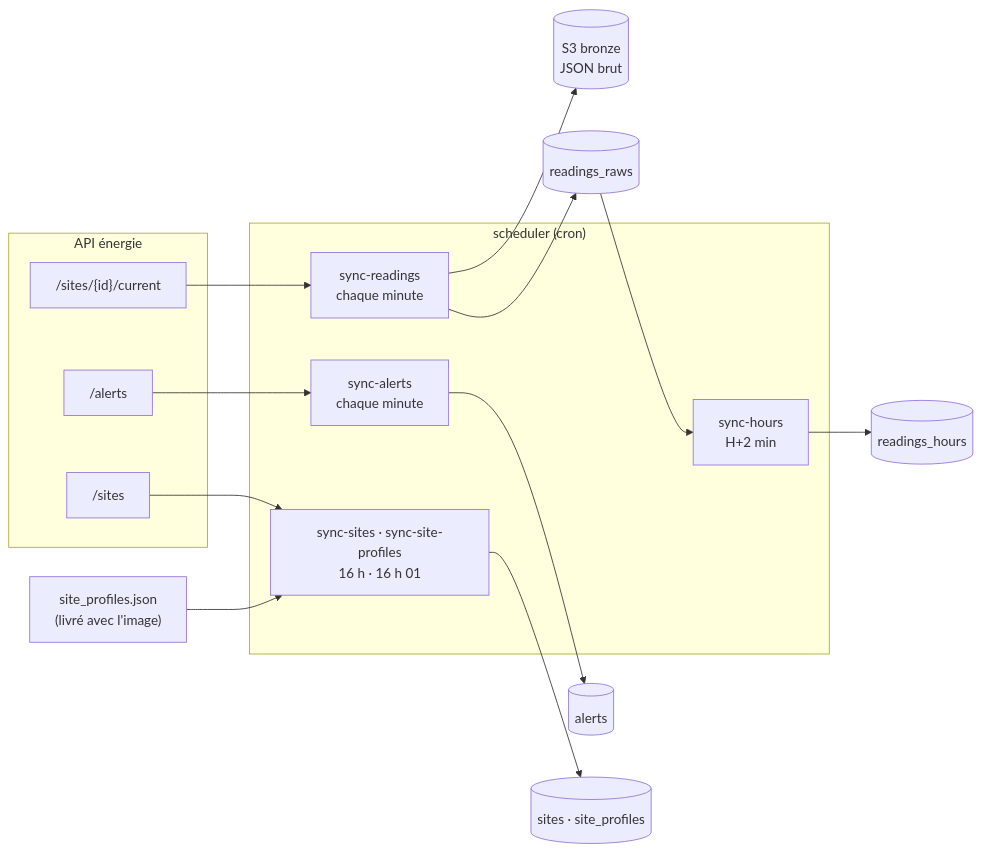
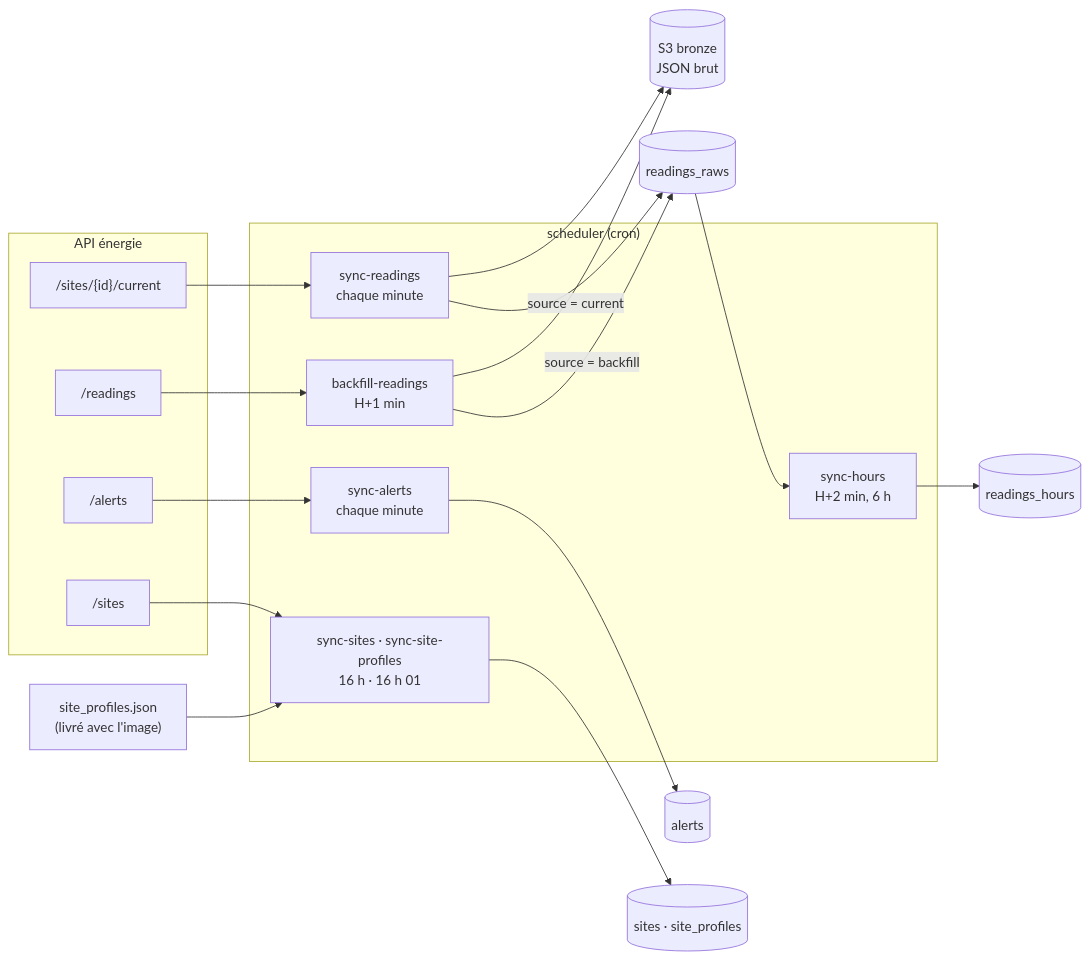
The diagram in services/etl-worker/docs/index.md (enervision-project/smart-energy-optimizer), drawn with Mermaid before and after one commit. The commit also changed other lines of this file and 1 other file, not shown here.

Commit message:
docs(etl): rattrapage, imputation, origine des mesures et schéma d'architecture

````diff
--- a/services/etl-worker/docs/index.md
+++ b/services/etl-worker/docs/index.md
@@ -9,31 +9,36 @@
 ```mermaid
 flowchart LR
     subgraph API["API énergie"]
         CUR["/sites/{id}/current"]
+        RDG["/readings"]
         ALR["/alerts"]
         SIT["/sites"]
     end
     JSON["site_profiles.json<br/>(livré avec l'image)"]
 
     subgraph ETL["scheduler (cron)"]
         SR["sync-readings<br/>chaque minute"]
         SA["sync-alerts<br/>chaque minute"]
-        SH["sync-hours<br/>H+2 min"]
+        BF["backfill-readings<br/>H+1 min"]
+        SH["sync-hours<br/>H+2 min, 6 h"]
         SS["sync-sites · sync-site-profiles<br/>16 h · 16 h 01"]
     end
 
     S3[("S3 bronze<br/>JSON brut")]
     RAW[("readings_raws")]
     HRS[("readings_hours")]
     ALT[("alerts")]
     STE[("sites · site_profiles")]
 
     CUR --> SR
     SR --> S3
-    SR --> RAW
+    SR -->|source = current| RAW
+    RDG --> BF
+    BF --> S3
+    BF -->|source = backfill| RAW
     ALR --> SA --> ALT
     SIT --> SS
     JSON --> SS
     SS --> STE
     RAW --> SH --> HRS
 ```
````
